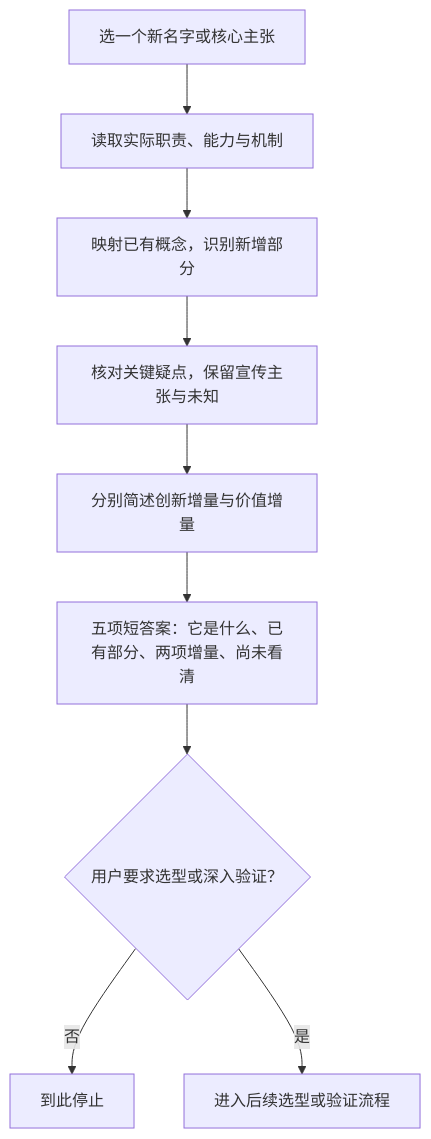
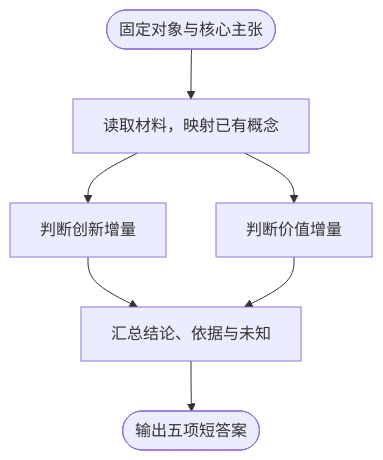
One commit to zhaidewei/ba-ma-gua changed the diagram in README.md. Above: the diagram before and after it, drawn with Mermaid. The commit also changed other lines of this file and 3 other files, not shown here.

````diff
--- a/README.md
+++ b/README.md
@@ -41,11 +41,9 @@
 ```mermaid
 flowchart TD
-    A["选一个新名字或核心主张"] --> B["读取实际职责、能力与机制"]
-    B --> C["映射已有概念，识别新增部分"]
-    C --> D["核对关键疑点，保留宣传主张与未知"]
-    D --> E["分别简述创新增量与价值增量"]
-    E --> F["五项短答案：它是什么、已有部分、两项增量、尚未看清"]
-    F --> G{"用户要求选型或深入验证？"}
-    G -- "否" --> S["到此停止"]
-    G -- "是" --> H["进入后续选型或验证流程"]
+    A([固定对象与核心主张]) --> B[读取材料，映射已有概念]
+    B --> C[判断创新增量]
+    B --> D[判断价值增量]
+    C --> E[汇总结论、依据与未知]
+    D --> E
+    E --> F([输出五项短答案])
 ```
````
